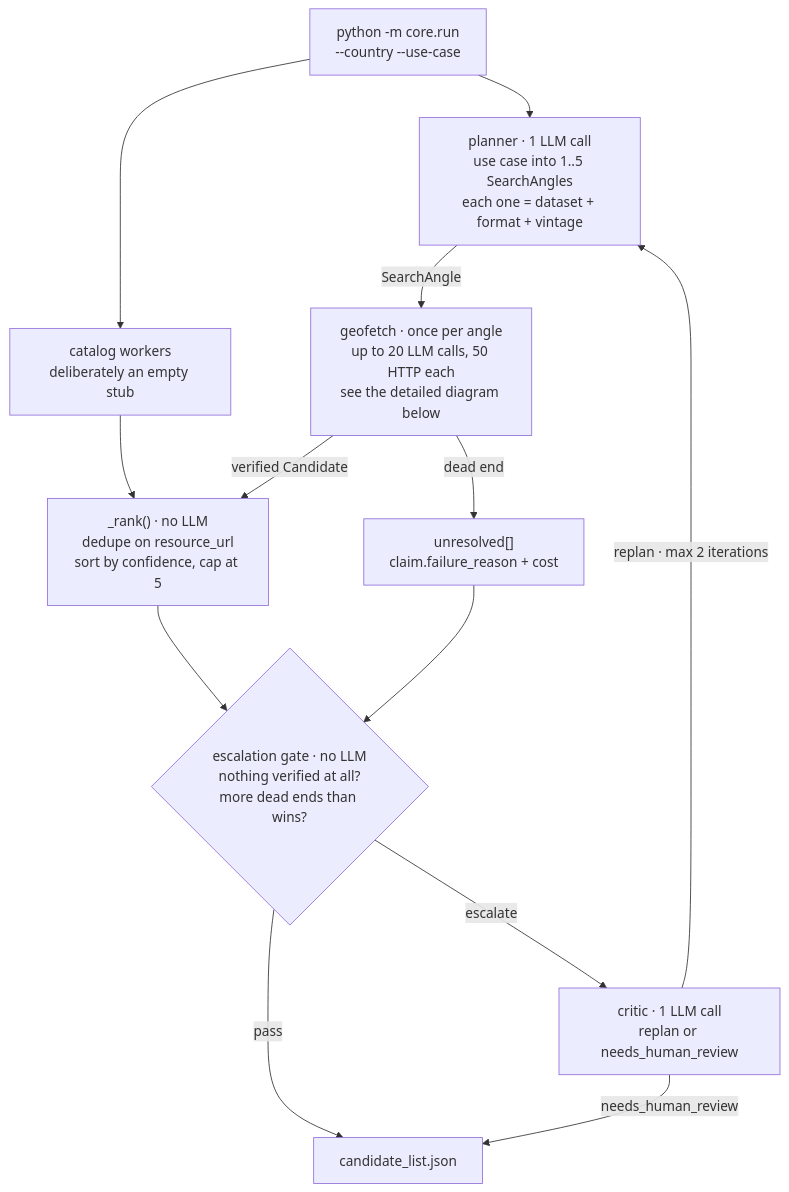
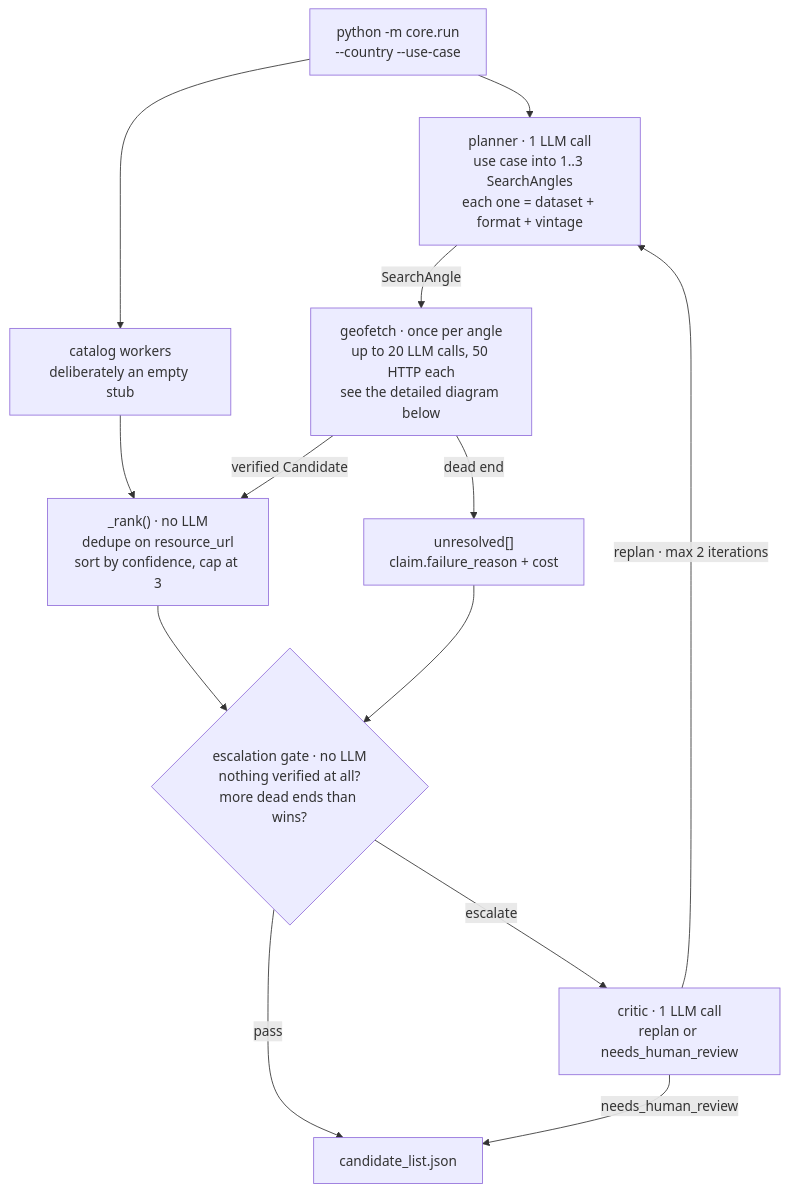
The first of 2 diagrams in README.md (CommanderWahid/beegent), drawn with Mermaid before and after one commit. The commit also changed other lines of this file and 4 other files, not shown here.

````diff
--- a/README.md
+++ b/README.md
@@ -33,25 +33,25 @@
 ```mermaid
 flowchart TD
     IN["python -m core.run<br/>--country --use-case"]
-    PLAN["planner · 1 LLM call<br/>use case into 1..5 SearchAngles<br/>each one = dataset + format + vintage"]
+    PLAN["planner · 1 LLM call<br/>use case into 1..3 SearchAngles<br/>each one = dataset + format + vintage"]
     CAT["catalog workers<br/>deliberately an empty stub"]
     GF["geofetch · once per angle<br/>up to 20 LLM calls, 50 HTTP each<br/>see the detailed diagram below"]
-    RANK["_rank() · no LLM<br/>dedupe on resource_url<br/>sort by confidence, cap at 5"]
+    RANK["_rank() · no LLM<br/>dedupe on resource_url<br/>sort by confidence, cap at 3"]
     GATE{"escalation gate · no LLM<br/>nothing verified at all?<br/>more dead ends than wins?"}
     CRITIC["critic · 1 LLM call<br/>replan or needs_human_review"]
     UNRES["unresolved[]<br/>claim.failure_reason + cost"]
     OUT["candidate_list.json"]
 
     IN --> PLAN
     IN --> CAT
     PLAN -->|SearchAngle| GF
     CAT --> RANK
     GF -->|verified Candidate| RANK
     GF -->|dead end| UNRES
     RANK --> GATE
     UNRES --> GATE
     GATE -->|pass| OUT
     GATE -->|escalate| CRITIC
     CRITIC -->|replan · max 2 iterations| PLAN
     CRITIC -->|needs_human_review| OUT
 ```
````
